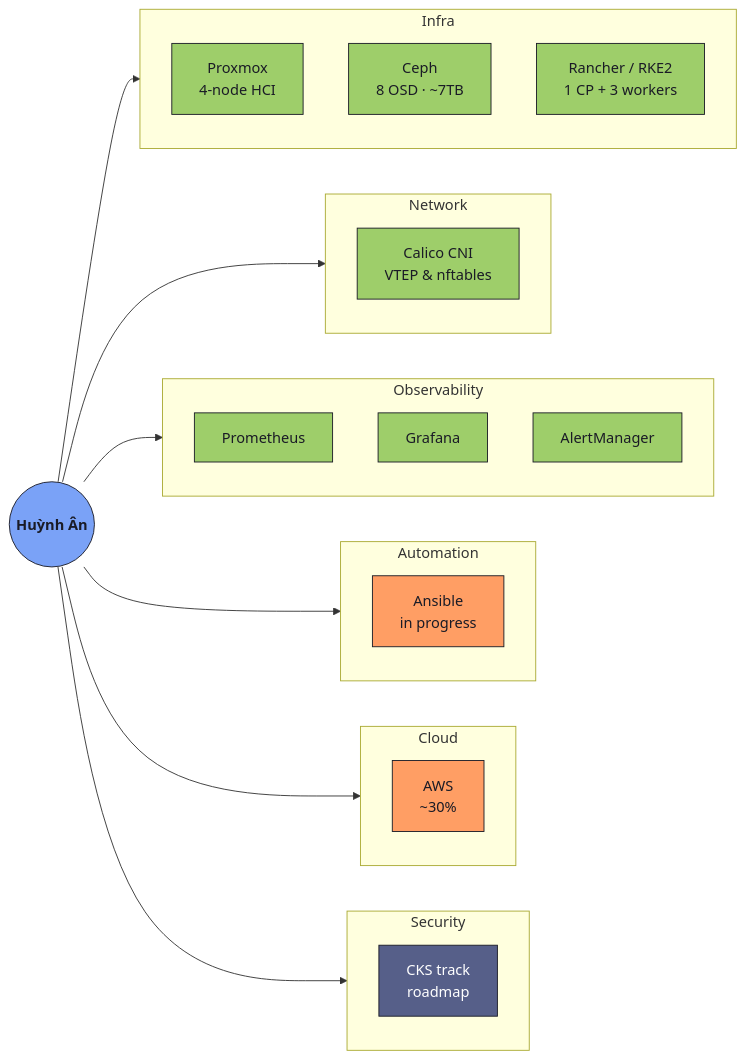
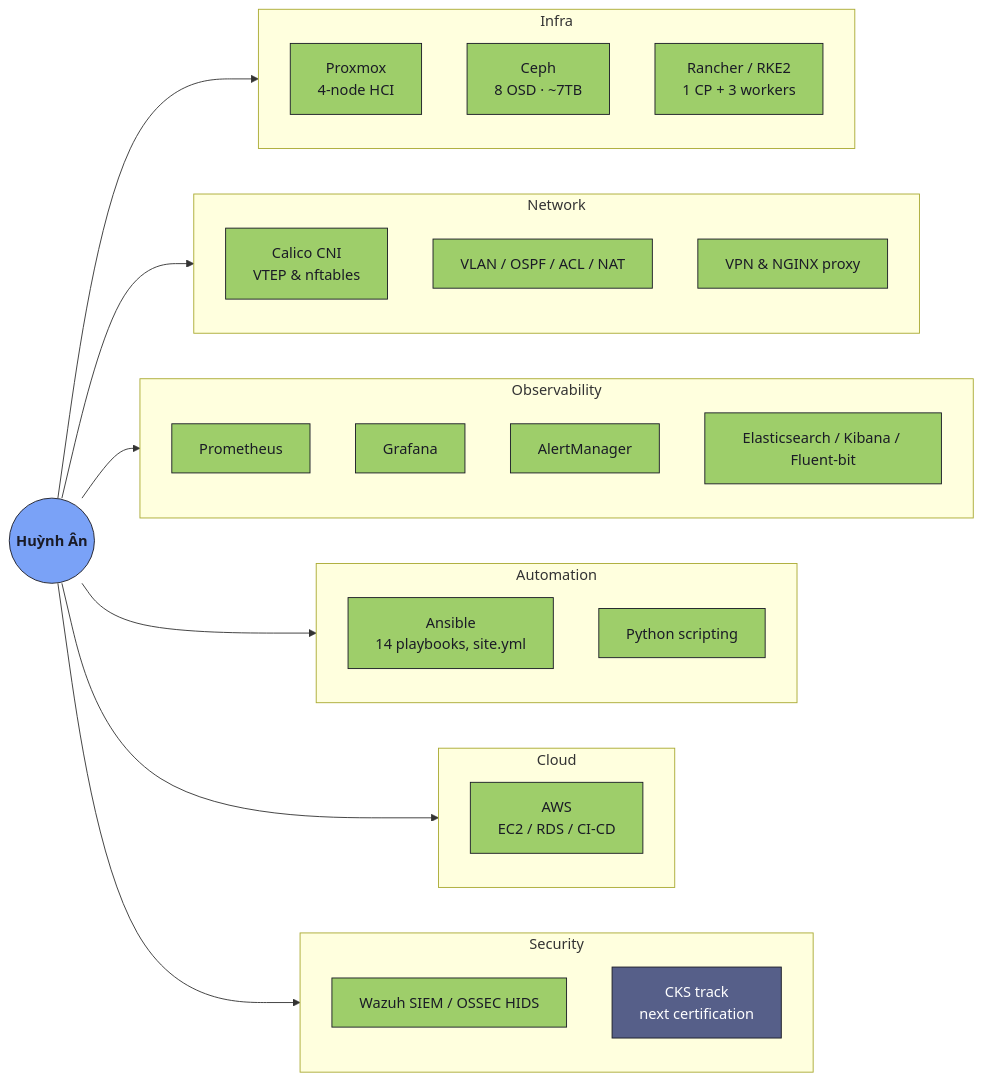
Before and after one commit to Under-Taker1812/Under-Taker1812: the diagram in README.md, drawn with Mermaid. The commit also changed other lines of this file, not shown here.

````diff
--- a/README.md
+++ b/README.md
@@ -76,50 +85,54 @@
 ```mermaid
 graph LR
     ME(("Huỳnh Ân")):::me
 
     subgraph INFRA[" Infra "]
         direction TB
         PROXMOX["Proxmox<br/>4-node HCI"]:::prod
         CEPH["Ceph<br/>8 OSD · ~7TB"]:::prod
         RANCHER["Rancher / RKE2<br/>1 CP + 3 workers"]:::prod
     end
 
     subgraph NET[" Network "]
         direction TB
         CALICO["Calico CNI<br/>VTEP & nftables"]:::prod
+        CISCO["VLAN / OSPF / ACL / NAT"]:::prod
+        VPN["VPN & NGINX proxy"]:::prod
     end
 
     subgraph OBS[" Observability "]
         direction TB
         PROM["Prometheus"]:::prod
         GRAF["Grafana"]:::prod
         ALERT["AlertManager"]:::prod
+        ELK["Elasticsearch / Kibana / Fluent-bit"]:::prod
     end
 
     subgraph AUTO[" Automation "]
         direction TB
-        ANSIBLE["Ansible<br/>in progress"]:::learn
+        ANSIBLE["Ansible<br/>14 playbooks, site.yml"]:::prod
+        PYTHON["Python scripting"]:::prod
     end
 
     subgraph CLOUD[" Cloud "]
         direction TB
-        AWS["AWS<br/>~30%"]:::learn
+        AWS["AWS<br/>EC2 / RDS / CI-CD"]:::prod
     end
 
     subgraph SEC[" Security "]
         direction TB
-        CKS["CKS track<br/>roadmap"]:::plan
+        WAZUH["Wazuh SIEM / OSSEC HIDS"]:::prod
+        CKS["CKS track<br/>next certification"]:::plan
     end
 
     ME --> INFRA
     ME --> NET
     ME --> OBS
     ME --> AUTO
     ME --> CLOUD
     ME --> SEC
 
     classDef me fill:#7aa2f7,stroke:#1a1b26,color:#1a1b26,font-weight:bold,font-size:16px
     classDef prod fill:#9ece6a,stroke:#1a1b26,color:#1a1b26
-    classDef learn fill:#ff9e64,stroke:#1a1b26,color:#1a1b26
     classDef plan fill:#565f89,stroke:#1a1b26,color:#ffffff
 ```
````
